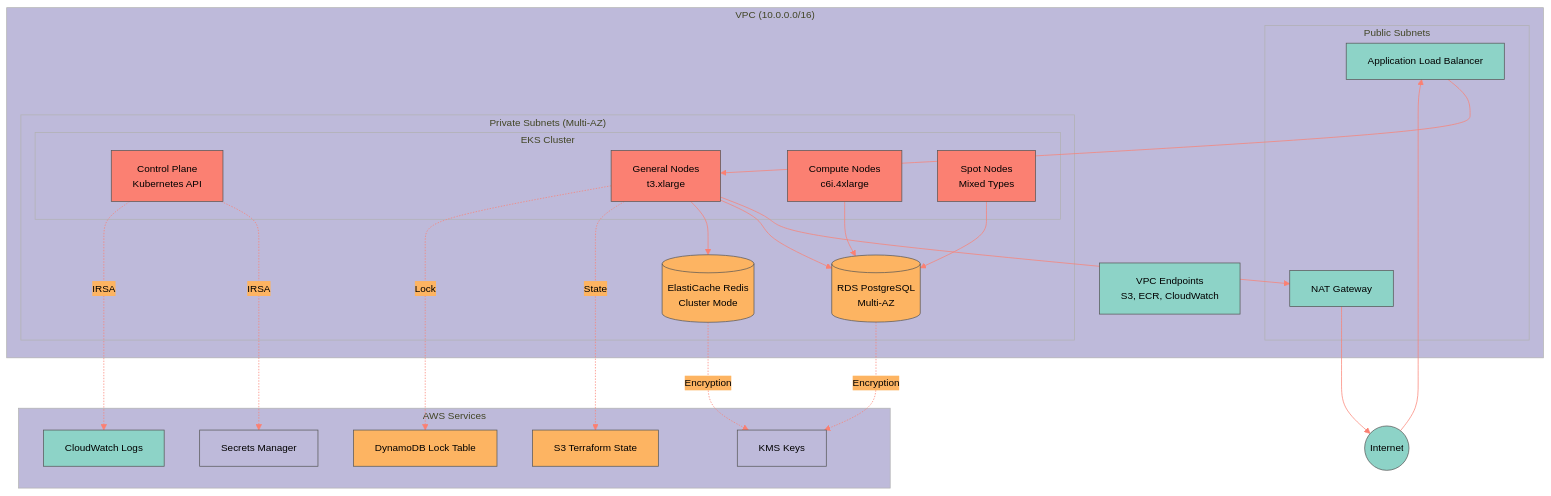
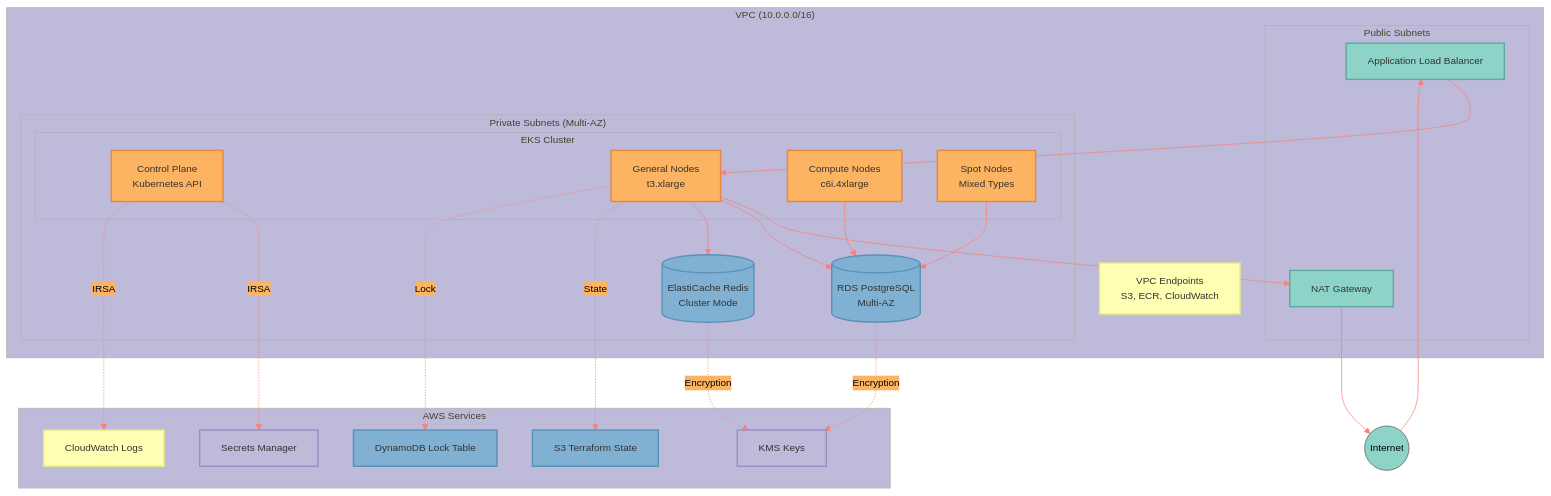
The first of 2 diagrams in docs/deployment/infrastructure/terraform-aws.mdx (vishnu2kmohan/mcp-server-langgraph), drawn with Mermaid before and after one commit. The commit also changed other lines of this file and 201 other files, not shown here.

````diff
--- a/docs/deployment/infrastructure/terraform-aws.mdx
+++ b/docs/deployment/infrastructure/terraform-aws.mdx
@@ -45,60 +45,64 @@
 ```mermaid
+%% ColorBrewer2 Set3 palette - each component type uniquely colored
 %%{init: {'theme':'base', 'themeVariables': { 'fontSize':'14px', 'primaryColor':'#8dd3c7','primaryTextColor':'#000','primaryBorderColor':'#555','lineColor':'#fb8072','secondaryColor':'#fdb462','tertiaryColor':'#bebada'}}}%%
 flowchart TB
     subgraph "VPC (10.0.0.0/16)"
         subgraph "Public Subnets"
             ALB[Application Load Balancer]
             NAT[NAT Gateway]
         end
 
         subgraph "Private Subnets (Multi-AZ)"
             subgraph "EKS Cluster"
                 CP[Control Plane<br/>Kubernetes API]
                 NG1[General Nodes<br/>t3.xlarge]
                 NG2[Compute Nodes<br/>c6i.4xlarge]
                 NG3[Spot Nodes<br/>Mixed Types]
             end
 
             RDS[(RDS PostgreSQL<br/>Multi-AZ)]
             Redis[(ElastiCache Redis<br/>Cluster Mode)]
         end
 
         VPCEndpoints[VPC Endpoints<br/>S3, ECR, CloudWatch]
     end
 
     subgraph "AWS Services"
         S3[S3 Terraform State]
         DDB[DynamoDB Lock Table]
         KMS[KMS Keys]
         SM[Secrets Manager]
         CW[CloudWatch Logs]
     end
 
     Internet((Internet)) --> ALB
     ALB --> NG1
     NG1 --> NAT
     NAT --> Internet
 
     NG1 --> RDS
     NG1 --> Redis
     NG2 --> RDS
     NG3 --> RDS
 
     CP -.IRSA.-> SM
     CP -.IRSA.-> CW
     NG1 -.State.-> S3
     NG1 -.Lock.-> DDB
 
     RDS -.Encryption.-> KMS
     Redis -.Encryption.-> KMS
 
-    classDef network fill:#8dd3c7,stroke:#555,color:#000
-    classDef compute fill:#fb8072,stroke:#555,color:#000
-    classDef storage fill:#fdb462,stroke:#555,color:#000
-    classDef security fill:#bebada,stroke:#555,color:#000
+    classDef clientStyle fill:#8dd3c7,stroke:#5fa99d,stroke-width:2px,color:#333
+    classDef validationStyle fill:#fdb462,stroke:#e8873f,stroke-width:2px,color:#333
+    classDef serviceStyle fill:#bebada,stroke:#9b8ec7,stroke-width:2px,color:#333
+    classDef errorStyle fill:#fb8072,stroke:#e85a4f,stroke-width:2px,color:#333
+    classDef storageStyle fill:#80b1d3,stroke:#5a91b8,stroke-width:2px,color:#333
+    classDef secondaryStyle fill:#ffffb3,stroke:#e6e68a,stroke-width:2px,color:#333
 
-    class ALB,NAT,VPCEndpoints network
-    class CP,NG1,NG2,NG3 compute
-    class RDS,Redis,S3,DDB storage
-    class KMS,SM security
+    class ALB,NAT clientStyle
+    class CP,NG1,NG2,NG3 validationStyle
+    class RDS,Redis,S3,DDB storageStyle
+    class KMS,SM serviceStyle
+    class VPCEndpoints,CW secondaryStyle
 ```
````
